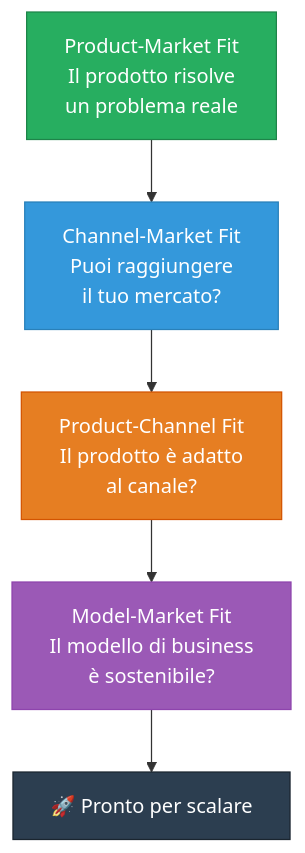
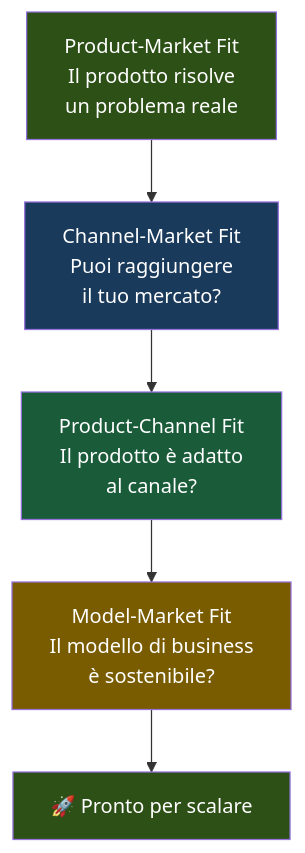
Before and after one commit to AndreyBertasini/gynnitech: the fourth of 5 diagrams in src/content/corso/analisi-prodotto/product-market-fit.mdx, drawn with Mermaid. The commit also changed other lines of this file and 21 other files, not shown here.

First line of the commit message:
style: applica color scheme semantico a tutti i diagrammi Mermaid del corso

````diff
--- a/src/content/corso/analisi-prodotto/product-market-fit.mdx
+++ b/src/content/corso/analisi-prodotto/product-market-fit.mdx
@@ -215,12 +228,12 @@
 ```mermaid
 graph TD
     PMF["Product-Market Fit\nIl prodotto risolve\nun problema reale"] --> CMF["Channel-Market Fit\nPuoi raggiungere\nil tuo mercato?"]
     CMF --> PCF["Product-Channel Fit\nIl prodotto è adatto\nal canale?"]
     PCF --> MMF["Model-Market Fit\nIl modello di business\nè sostenibile?"]
     MMF --> SCALE["🚀 Pronto per scalare"]
-    style PMF fill:#27ae60,stroke:#1e8449,color:#fff
-    style CMF fill:#3498db,stroke:#2980b9,color:#fff
-    style PCF fill:#e67e22,stroke:#d35400,color:#fff
-    style MMF fill:#9b59b6,stroke:#8e44ad,color:#fff
-    style SCALE fill:#2c3e50,stroke:#1a252f,color:#fff
+    style PMF fill:#2d5016,color:#ffffff
+    style CMF fill:#1a3a5c,color:#ffffff
+    style PCF fill:#1a5c3a,color:#ffffff
+    style MMF fill:#7a5c00,color:#ffffff
+    style SCALE fill:#2d5016,color:#ffffff
 ```
````
